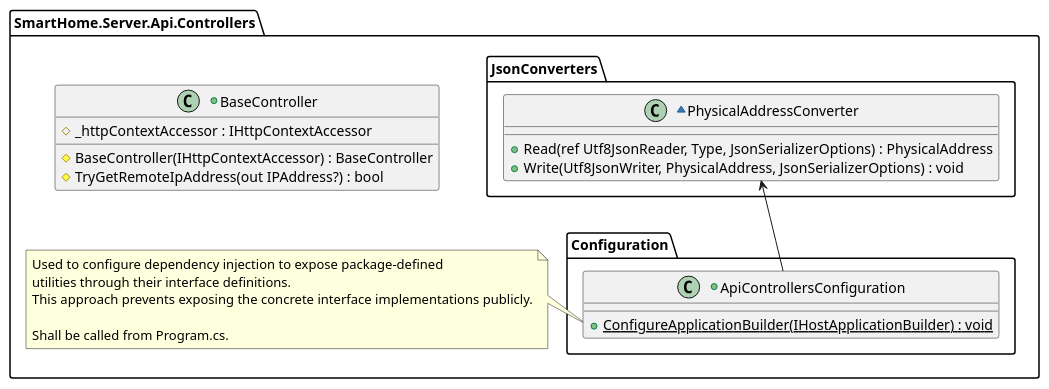
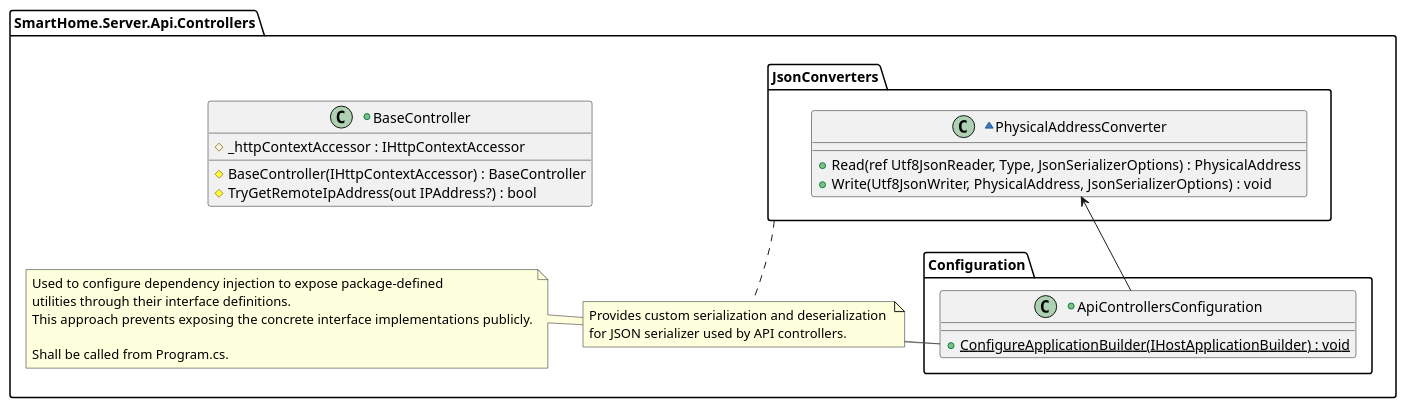
Before and after one commit to JakubMiodunka/smart-home: the diagram in doc/Server/uml/modules/SmartHome.Server.Api.Controllers.pu, drawn with PlantUML. The commit also changed 8 other files, not shown here.

```diff
--- a/doc/Server/uml/modules/SmartHome.Server.Api.Controllers.pu
+++ b/doc/Server/uml/modules/SmartHome.Server.Api.Controllers.pu
@@ -1,34 +1,39 @@
 @startuml
 
 package "SmartHome.Server.Api.Controllers" as ApiControllers {
     package JsonConverters {
         ~class PhysicalAddressConverter {
             +Read(ref Utf8JsonReader, Type, JsonSerializerOptions) : PhysicalAddress
             +Write(Utf8JsonWriter, PhysicalAddress, JsonSerializerOptions) : void
         }
     }
 
     package Configuration {
         +class ApiControllersConfiguration {
             +{static} ConfigureApplicationBuilder(IHostApplicationBuilder) : void
         }
     }
 
     +class BaseController {
         #_httpContextAccessor : IHttpContextAccessor
         #BaseController(IHttpContextAccessor) : BaseController
         #TryGetRemoteIpAddress(out IPAddress?) : bool
     }
 
     PhysicalAddressConverter <-- ApiControllersConfiguration
 
     note left of ApiControllersConfiguration::ConfigureApplicationBuilder
         Used to configure dependency injection to expose package-defined 
         utilities through their interface definitions.
         This approach prevents exposing the concrete interface implementations publicly.
 
         Shall be called from Program.cs.
     end note
+
+    note bottom of JsonConverters
+        Provides custom serialization and deserialization 
+        for JSON serializer used by API controllers.
+    end note
 }
 
 @enduml
```
